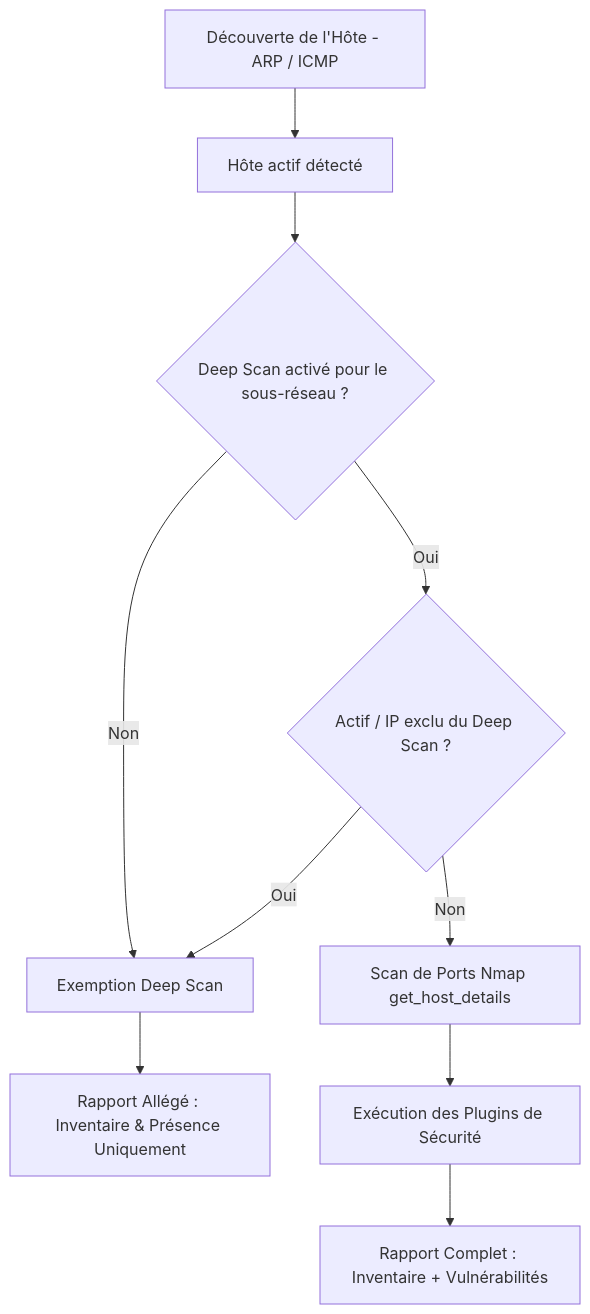
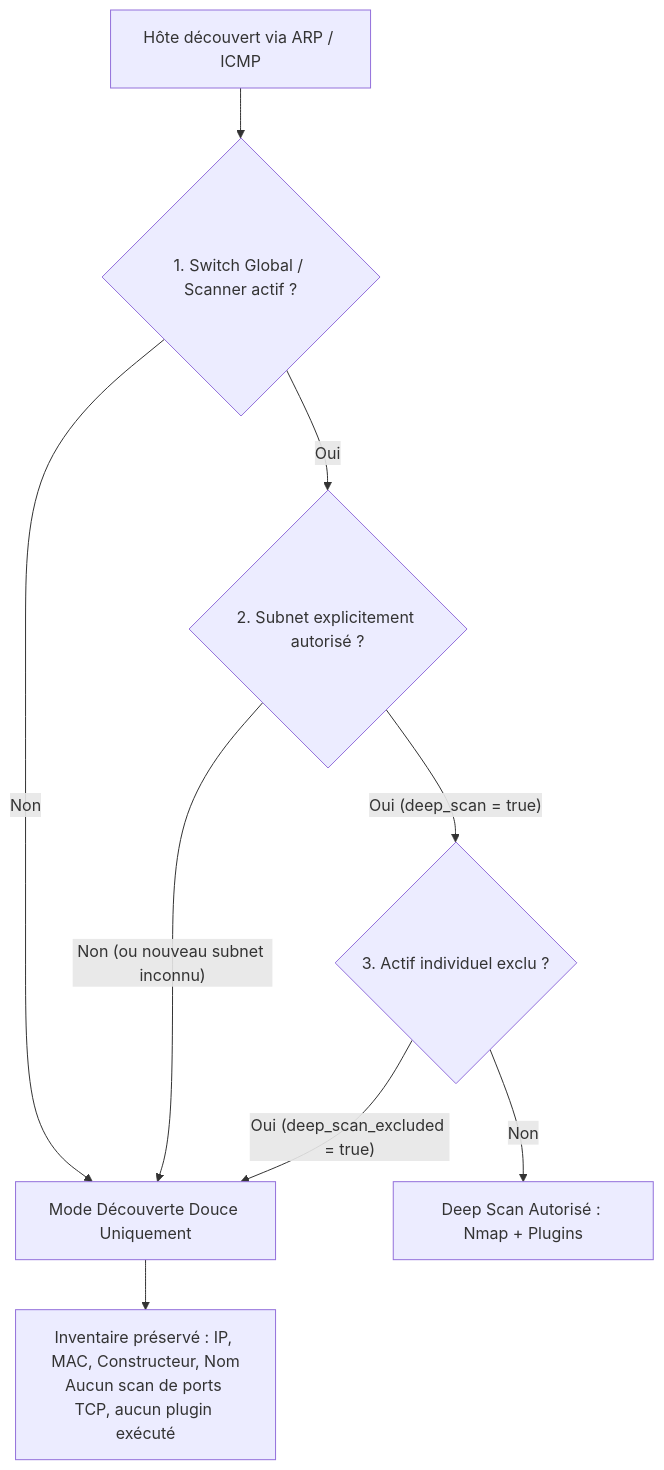
Before and after one commit to tritschler/rtms-documentation: the diagram in docs/components/scanner/deep_scan_targeting.md, drawn with Mermaid. The commit also changed other lines of this file, not shown here.

Commit message:
docs: document dual opt-in policy and global master switch for deep scan targeting

````diff
--- a/docs/components/scanner/deep_scan_targeting.md
+++ b/docs/components/scanner/deep_scan_targeting.md
@@ -15,12 +13,12 @@
 ```mermaid
 flowchart TD
-    A[Découverte de l'Hôte - ARP / ICMP] --> B[Hôte actif détecté]
-    B --> C{Deep Scan activé pour le sous-réseau ?}
-    C -- Non --> E[Exemption Deep Scan]
-    C -- Oui --> D{Actif / IP exclu du Deep Scan ?}
-    D -- Oui --> E
-    D -- Non --> F[Scan de Ports Nmap get_host_details]
-    F --> G[Exécution des Plugins de Sécurité]
-    G --> H[Rapport Complet : Inventaire + Vulnérabilités]
-    E --> I[Rapport Allégé : Inventaire & Présence Uniquement]
+    A[Hôte découvert via ARP / ICMP] --> B{1. Switch Global / Scanner actif ?}
+    B -- Non --> E[Mode Découverte Douce Uniquement]
+    B -- Oui --> C{2. Subnet explicitement autorisé ?}
+    C -- Non (ou nouveau subnet inconnu) --> E
+    C -- Oui (deep_scan = true) --> D{3. Actif individuel exclu ?}
+    D -- Oui (deep_scan_excluded = true) --> E
+    D -- Non --> F[Deep Scan Autorisé : Nmap + Plugins]
+    
+    E --> G[Inventaire préservé : IP, MAC, Constructeur, Nom<br/>Aucun scan de ports TCP, aucun plugin exécuté]
 ```
````
